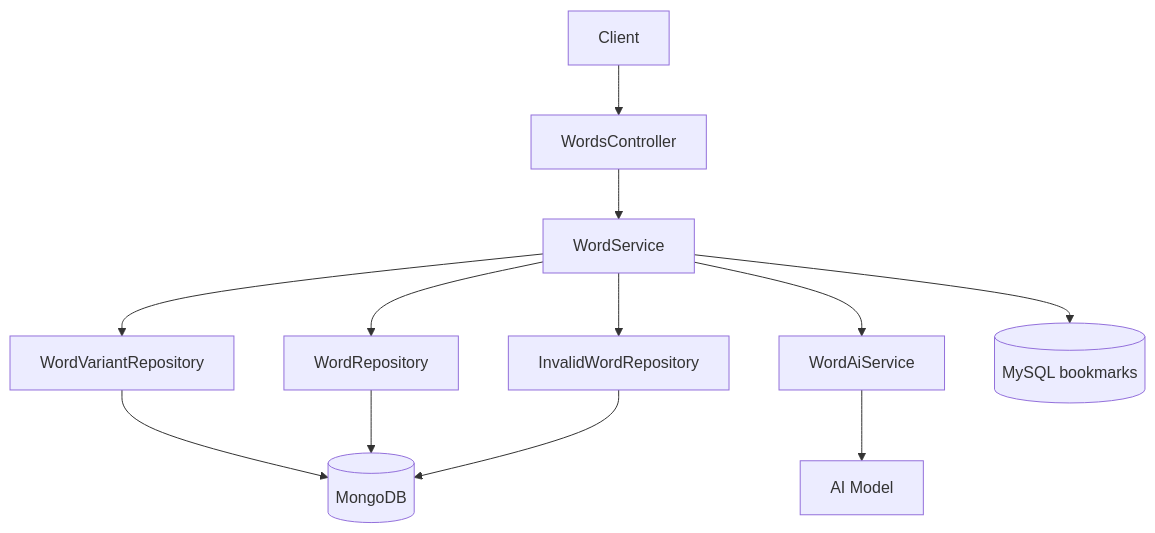
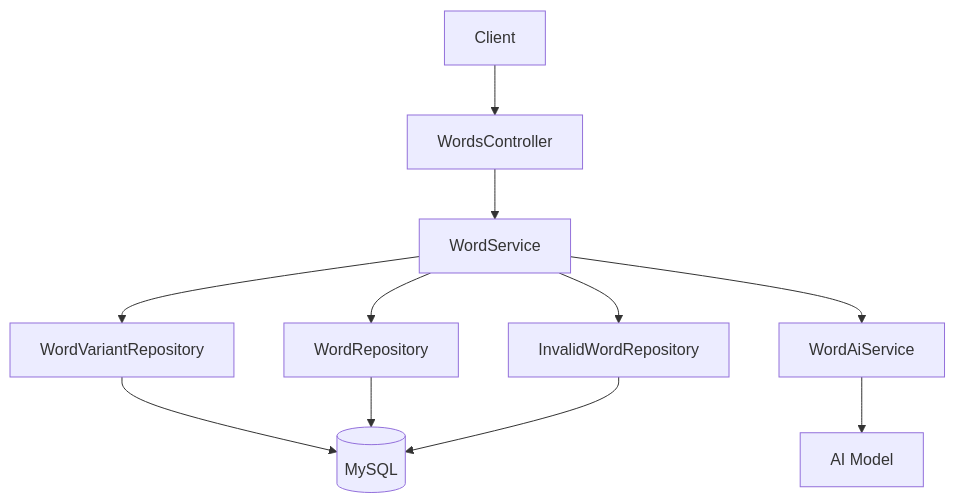
The first of 2 diagrams in docs/architecture/word.md (SWM16-ASAP/back-server), drawn with Mermaid before and after one commit. The commit also changed other lines of this file and 13 other files, not shown here.

````diff
--- a/docs/architecture/word.md
+++ b/docs/architecture/word.md
@@ -31,25 +31,23 @@
 ```mermaid
 flowchart TD
     Client[Client]
     Controller[WordsController]
     Service[WordService]
     AI[WordAiService]
     VariantRepo[WordVariantRepository]
     WordRepo[WordRepository]
     InvalidRepo[InvalidWordRepository]
-    Mongo[(MongoDB)]
-    MySQL[(MySQL bookmarks)]
+    MySQL[(MySQL)]
     Model[AI Model]
 
     Client --> Controller
     Controller --> Service
     Service --> VariantRepo
     Service --> WordRepo
     Service --> InvalidRepo
     Service --> AI
-    Service --> MySQL
     AI --> Model
-    VariantRepo --> Mongo
-    WordRepo --> Mongo
-    InvalidRepo --> Mongo
+    VariantRepo --> MySQL
+    WordRepo --> MySQL
+    InvalidRepo --> MySQL
 ```
````
